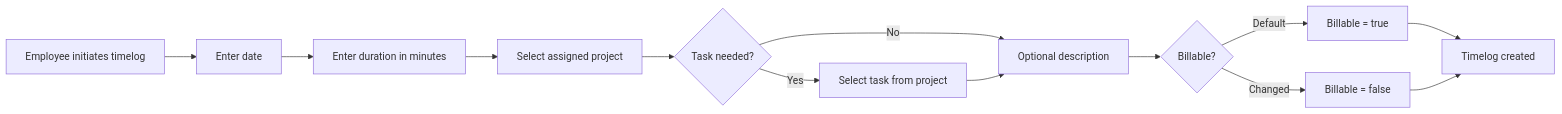
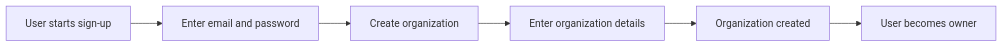
The fourth of 10 diagrams in z-ai/glm-5/erp/docs/analysis/03-functional-requirements.md (wrtnlabs/autobe-examples), drawn with Mermaid before and after one commit. The commit also changed other lines of this file and 3761 other files, not shown here.

````diff
--- a/z-ai/glm-5/erp/docs/analysis/03-functional-requirements.md
+++ b/z-ai/glm-5/erp/docs/analysis/03-functional-requirements.md
@@ -867,15 +119,8 @@
 ```mermaid
 flowchart LR
-    A["Employee initiates timelog"] --> B["Enter date"]
-    B --> C["Enter duration in minutes"]
-    C --> D["Select assigned project"]
-    D --> E{"Task needed?"}
-    E -->|Yes| F["Select task from project"]
-    E -->|No| G["Optional description"]
-    F --> G
-    G --> H{"Billable?"}
-    H -->|Default| I["Billable = true"]
-    H -->|Changed| J["Billable = false"]
-    I --> K["Timelog created"]
-    J --> K
+    A["User starts sign-up"] --> B["Enter email and password"]
+    B --> C["Create organization"]
+    C --> D["Enter organization details"]
+    D --> E["Organization created"]
+    E --> F["User becomes owner"]
 ```
````
